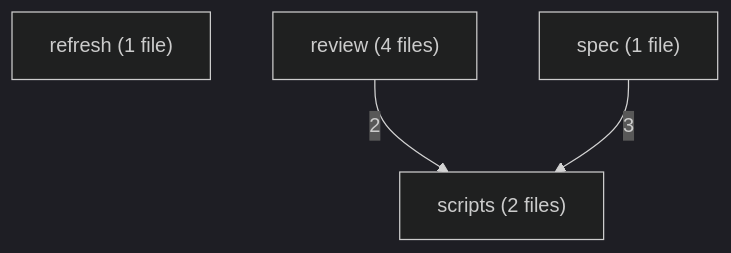
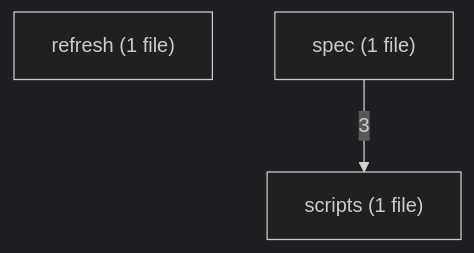
Before and after one commit to alecegg/varde: the first of 4 diagrams in skills/varde-docs/FLOW.md, drawn with Mermaid (dark theme). The commit also changed other lines of this file and 1293 other files, not shown here.

````diff
--- a/skills/varde-docs/FLOW.md
+++ b/skills/varde-docs/FLOW.md
@@ -24,9 +21,7 @@
 ```mermaid
 flowchart TD
   m0["refresh (1 file)"]
-  m1["review (4 files)"]
-  m2["scripts (2 files)"]
-  m3["spec (1 file)"]
-  m1 -->|"2"| m2
-  m3 -->|"3"| m2
+  m1["scripts (1 file)"]
+  m2["spec (1 file)"]
+  m2 -->|"3"| m1
 ```
````
